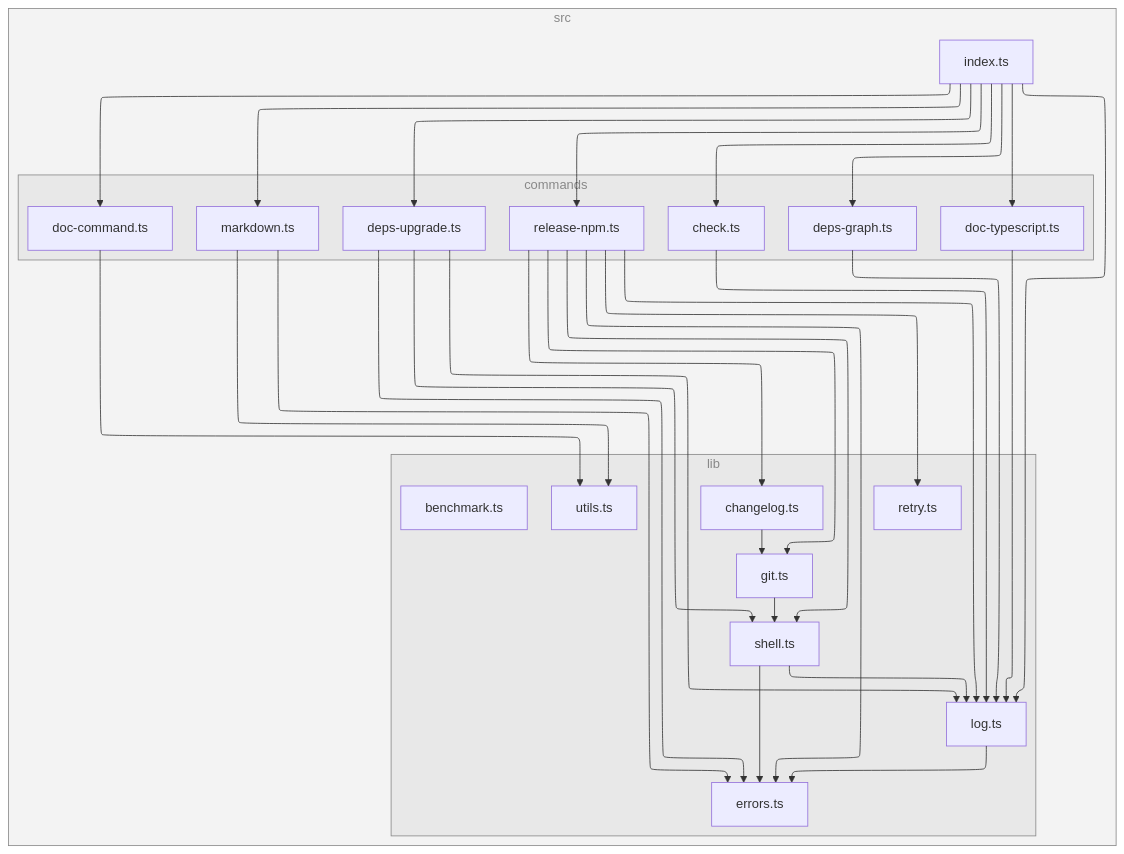
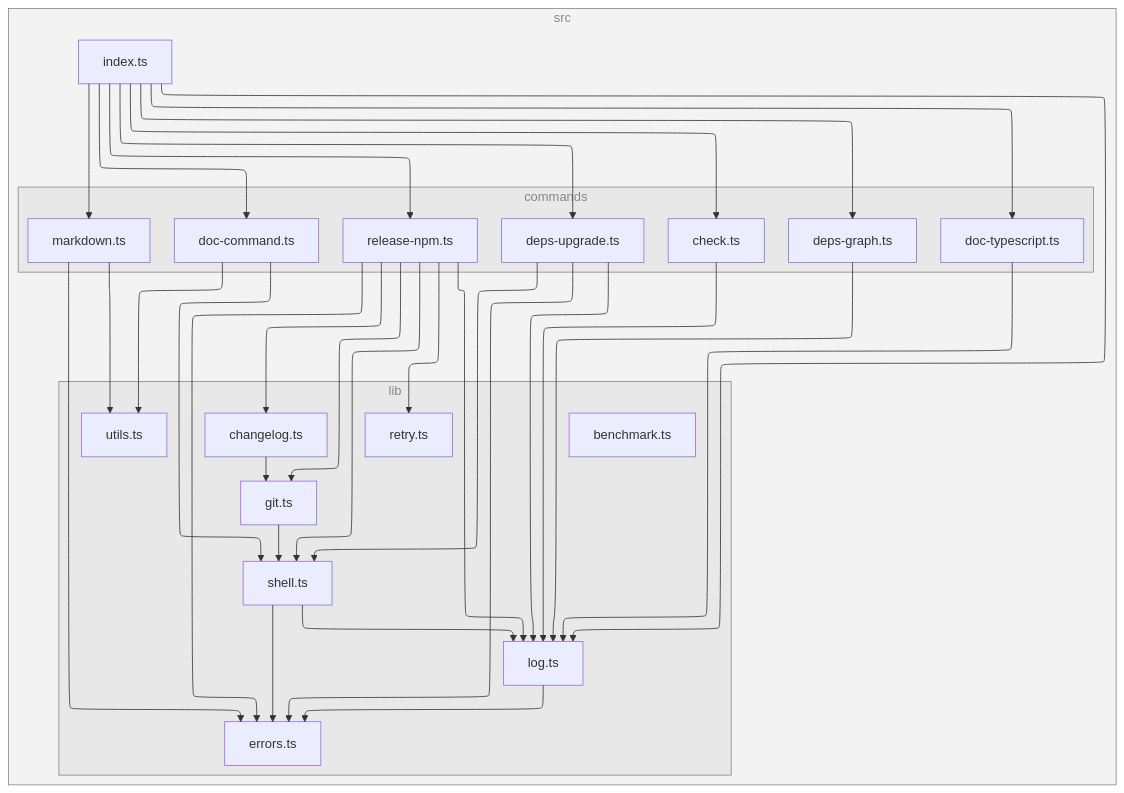
One commit to versatiles-org/node-release-tool changed the diagram in README.md. Above: the diagram before and after it, drawn with Mermaid.

Commit message:
fix: update dependency graph in README for accurate representation

````diff
--- a/README.md
+++ b/README.md
@@ -249,61 +249,62 @@
 ```mermaid
 ---
 config:
   layout: elk
 ---
 flowchart TB
 
 subgraph 0["src"]
 subgraph 1["commands"]
 2["check.ts"]
 6["deps-graph.ts"]
 7["deps-upgrade.ts"]
 9["doc-command.ts"]
 B["doc-typescript.ts"]
 C["markdown.ts"]
 D["release-npm.ts"]
 end
 subgraph 3["lib"]
 4["log.ts"]
 5["errors.ts"]
 8["shell.ts"]
 A["utils.ts"]
 E["changelog.ts"]
 F["git.ts"]
 G["retry.ts"]
 I["benchmark.ts"]
 end
 H["index.ts"]
 end
 2-->4
 4-->5
 6-->4
 7-->5
 7-->4
 7-->8
 8-->5
 8-->4
+9-->8
 9-->A
 B-->4
 C-->5
 C-->A
 D-->E
 D-->5
 D-->F
 D-->4
 D-->G
 D-->8
 E-->F
 F-->8
 H-->2
 H-->6
 H-->7
 H-->9
 H-->B
 H-->C
 H-->D
 H-->4
 
 class 0,1,3 subgraphs;
 classDef subgraphs fill-opacity:0.1, fill:#888, color:#888, stroke:#888;
 ```
````
